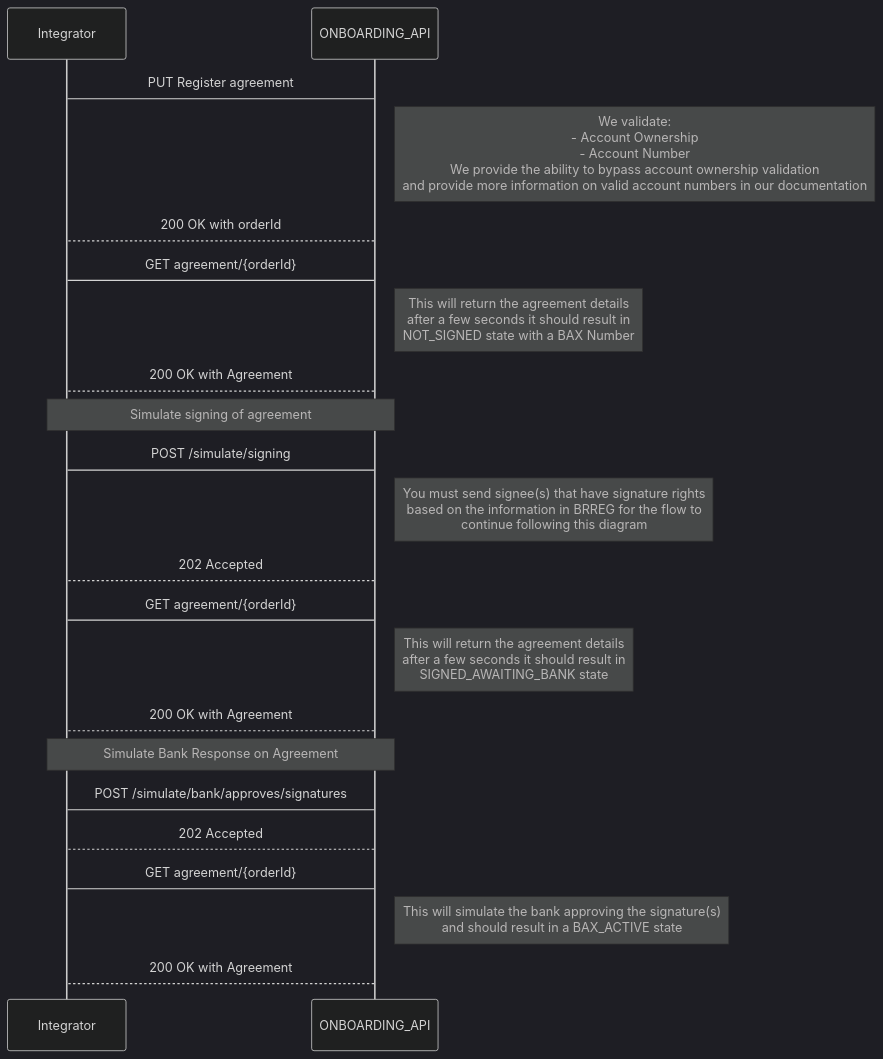
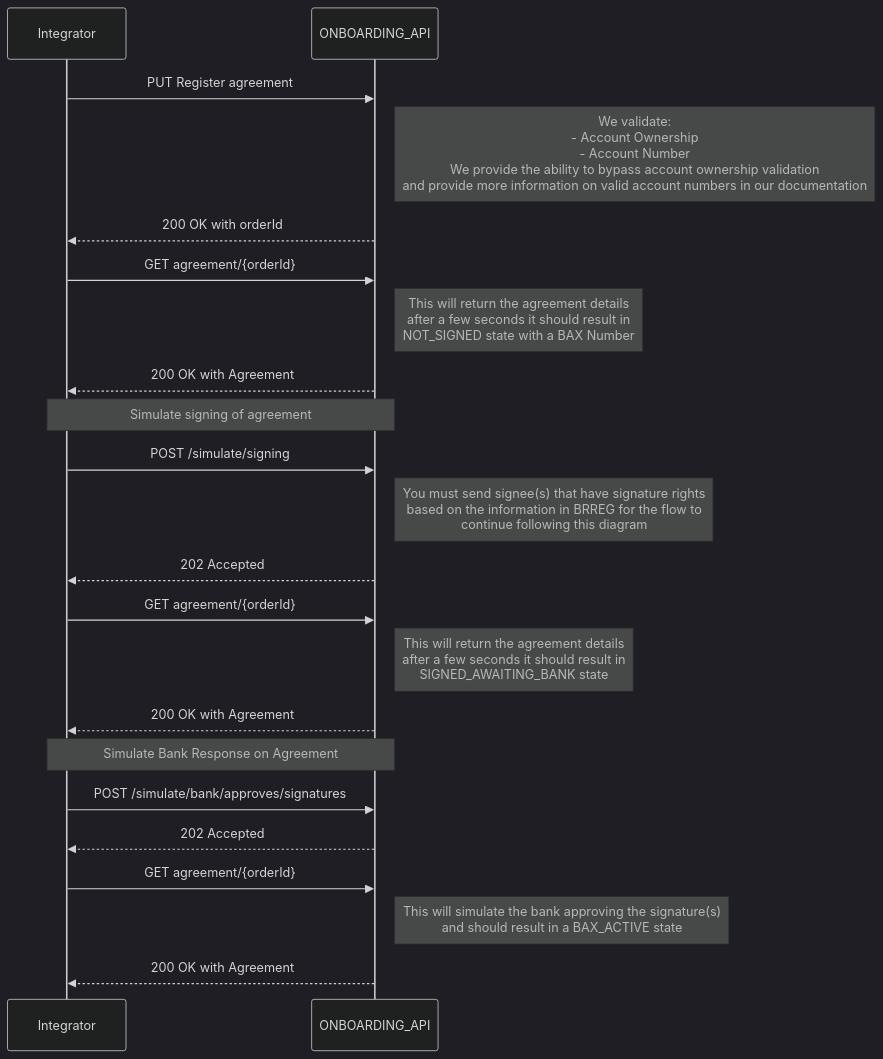
Before and after one commit to BankAxept/bankaxept-onboarding-external-documentation: the fourth of 5 diagrams in docs/getting_started.md, drawn with Mermaid (dark theme). The commit also changed other lines of this file, not shown here.

Commit message:
upgrade mermaid diagrams

````diff
--- a/docs/getting_started.md
+++ b/docs/getting_started.md
@@ -90,29 +90,29 @@
 ```mermaid
 sequenceDiagram
-participant Integrator
-participant ONBOARDING_API
+participant I as Integrator
+participant O as ONBOARDING_API
 
-Integrator -> ONBOARDING_API: PUT Register agreement
-note right of ONBOARDING_API: We validate: <br/> - Account Ownership <br/> - Account Number <br/> We provide the ability to bypass account ownership validation <br/> and provide more information on valid account numbers in our documentation
-ONBOARDING_API --> Integrator: 200 OK with orderId
+I ->> O: PUT Register agreement
+note right of O: We validate: <br/> - Account Ownership <br/> - Account Number <br/> We provide the ability to bypass account ownership validation <br/> and provide more information on valid account numbers in our documentation
+O -->> I: 200 OK with orderId
 
-Integrator -> ONBOARDING_API : GET agreement/{orderId}
-note right of ONBOARDING_API: This will return the agreement details <br/> after a few seconds it should result in <br/> NOT_SIGNED state with a BAX Number
-ONBOARDING_API --> Integrator: 200 OK with Agreement
-note over Integrator, ONBOARDING_API: Simulate signing of agreement
-Integrator -> ONBOARDING_API: POST /simulate/signing
-note right of ONBOARDING_API: You must send signee(s) that have signature rights <br/> based on the information in BRREG for the flow to <br/> continue following this diagram
-ONBOARDING_API --> Integrator: 202 Accepted
-Integrator -> ONBOARDING_API : GET agreement/{orderId}
-note right of ONBOARDING_API: This will return the agreement details <br/> after a few seconds it should result in <br/> SIGNED_AWAITING_BANK state
-ONBOARDING_API --> Integrator: 200 OK with Agreement
+I ->> O: GET agreement/{orderId}
+note right of O: This will return the agreement details <br/> after a few seconds it should result in <br/> NOT_SIGNED state with a BAX Number
+O -->> I: 200 OK with Agreement
+note over I, O: Simulate signing of agreement
+I ->> O: POST /simulate/signing
+note right of O: You must send signee(s) that have signature rights <br/> based on the information in BRREG for the flow to <br/> continue following this diagram
+O -->> I: 202 Accepted
+I ->> O: GET agreement/{orderId}
+note right of O: This will return the agreement details <br/> after a few seconds it should result in <br/> SIGNED_AWAITING_BANK state
+O -->> I: 200 OK with Agreement
 
-note over Integrator, ONBOARDING_API: Simulate Bank Response on Agreement
+note over I, O: Simulate Bank Response on Agreement
 
-Integrator -> ONBOARDING_API: POST /simulate/bank/approves/signatures
+I ->> O: POST /simulate/bank/approves/signatures
 
-ONBOARDING_API --> Integrator: 202 Accepted
-Integrator -> ONBOARDING_API : GET agreement/{orderId}
-note right of ONBOARDING_API: This will simulate the bank approving the signature(s) <br/> and should result in a BAX_ACTIVE state
-ONBOARDING_API --> Integrator: 200 OK with Agreement
+O -->> I: 202 Accepted
+I ->> O: GET agreement/{orderId}
+note right of O: This will simulate the bank approving the signature(s) <br/> and should result in a BAX_ACTIVE state
+O -->> I: 200 OK with Agreement
 ```
````
